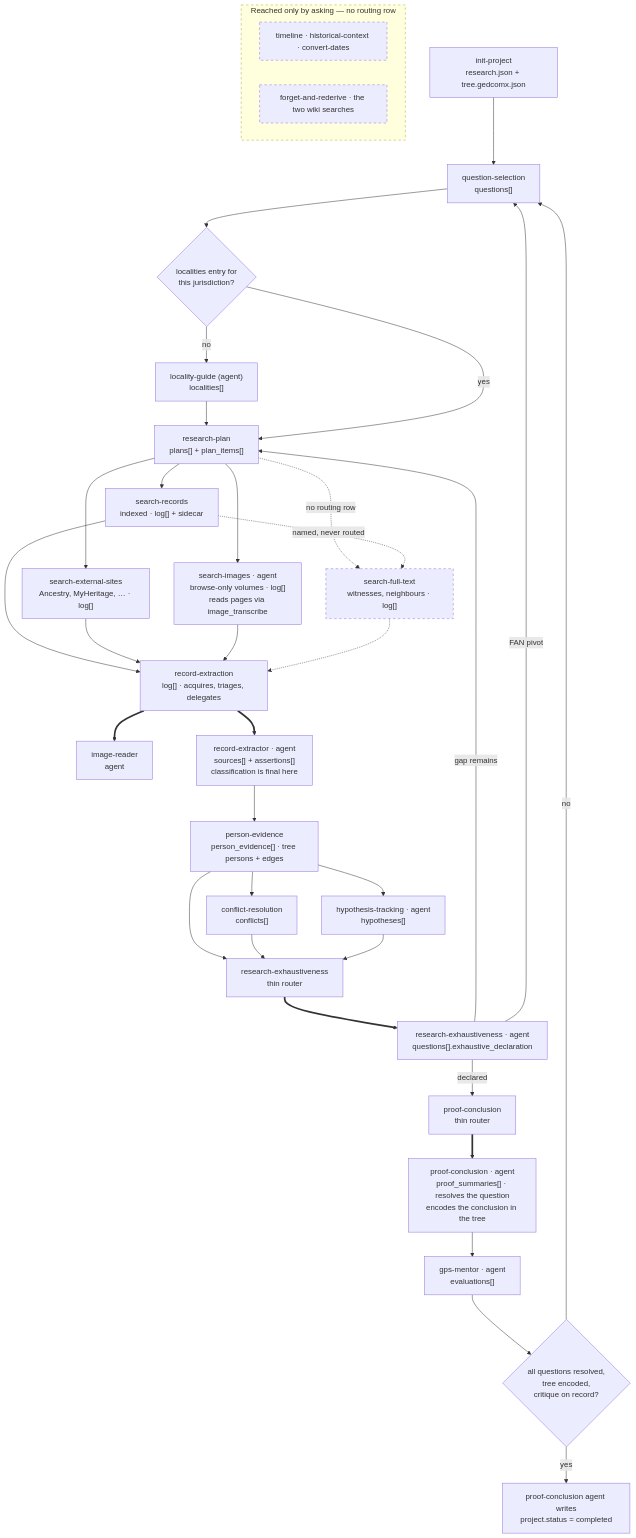
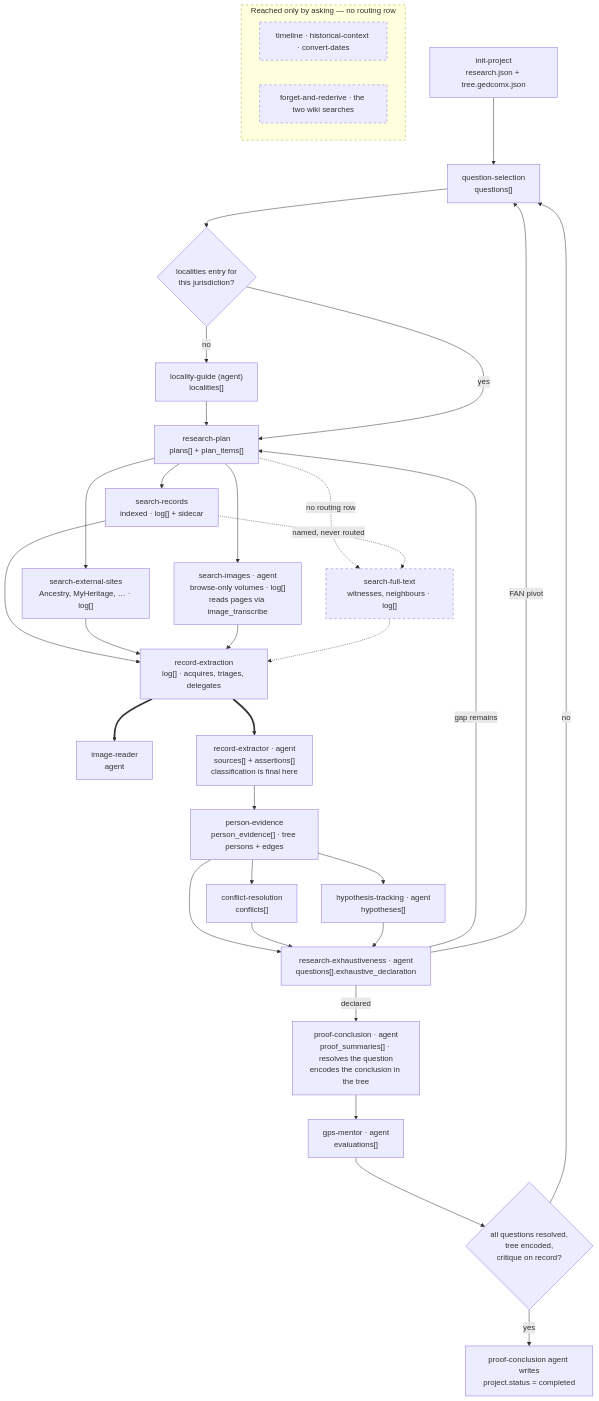
One commit to PioneerAIAcademy/cowork-genealogy changed the diagram in docs/skill-dataflow.md. Above: the diagram before and after it, drawn with Mermaid. The commit also changed other lines of this file and 35 other files, not shown here.

````diff
--- a/docs/skill-dataflow.md
+++ b/docs/skill-dataflow.md
@@ -65,51 +67,49 @@
 ```mermaid
 flowchart TD
     IP["init-project<br/>research.json + tree.gedcomx.json"] --> QS
     QS["question-selection<br/>questions[]"] --> LOCGATE
     LOCGATE{"localities entry for<br/>this jurisdiction?"}
     LOCGATE -- no --> LG["locality-guide (agent)<br/>localities[]"] --> RP
     LOCGATE -- yes --> RP["research-plan<br/>plans[] + plan_items[]"]
 
     RP --> SR["search-records<br/>indexed · log[] + sidecar"]
     RP --> SE["search-external-sites<br/>Ancestry, MyHeritage, … · log[]"]
     RP --> SIA["search-images · agent<br/>browse-only volumes · log[]<br/>reads pages via image_transcribe"]
     RP -.->|"no routing row"| SF["search-full-text<br/>witnesses, neighbours · log[]"]
     SR -.->|"named, never routed"| SF
     RE ==> IR["image-reader<br/>agent"]
 
     SR --> RE
     SE --> RE
     SIA --> RE
     SF -.-> RE
     RE["record-extraction<br/>log[] · acquires, triages, delegates"]
     RE ==> RX["record-extractor · agent<br/>sources[] + assertions[]<br/>classification is final here"]
 
     RX --> PE["person-evidence<br/>person_evidence[] · tree persons + edges"]
     PE --> CR["conflict-resolution<br/>conflicts[]"]
     PE --> HT["hypothesis-tracking · agent<br/>hypotheses[]"]
-    PE --> EX
-    CR --> EX
-    HT --> EX
+    PE --> EXA
+    CR --> EXA
+    HT --> EXA
 
-    EX["research-exhaustiveness<br/>thin router"]
-    EX ==> EXA["research-exhaustiveness · agent<br/>questions[].exhaustive_declaration"]
+    EXA["research-exhaustiveness · agent<br/>questions[].exhaustive_declaration"]
     EXA -- "gap remains" --> RP
     EXA -- "FAN pivot" --> QS
-    EXA -- "declared" --> PC
+    EXA -- "declared" --> PCA
 
-    PC["proof-conclusion<br/>thin router"]
-    PC ==> PCA["proof-conclusion · agent<br/>proof_summaries[] · resolves the question<br/>encodes the conclusion in the tree"]
+    PCA["proof-conclusion · agent<br/>proof_summaries[] · resolves the question<br/>encodes the conclusion in the tree"]
     PCA --> GM["gps-mentor · agent<br/>evaluations[]"]
     GM --> GATE{"all questions resolved,<br/>tree encoded,<br/>critique on record?"}
     GATE -- no --> QS
     GATE -- yes --> DONE["proof-conclusion agent writes<br/>project.status = completed"]
 
     subgraph ASK ["Reached only by asking — no routing row"]
         direction LR
         U1["timeline · historical-context · convert-dates"]
         U2["forget-and-rederive · the two wiki searches"]
     end
 
     classDef unrouted stroke-dasharray: 5 5
     class SF,ASK,U1,U2 unrouted
 ```
````
